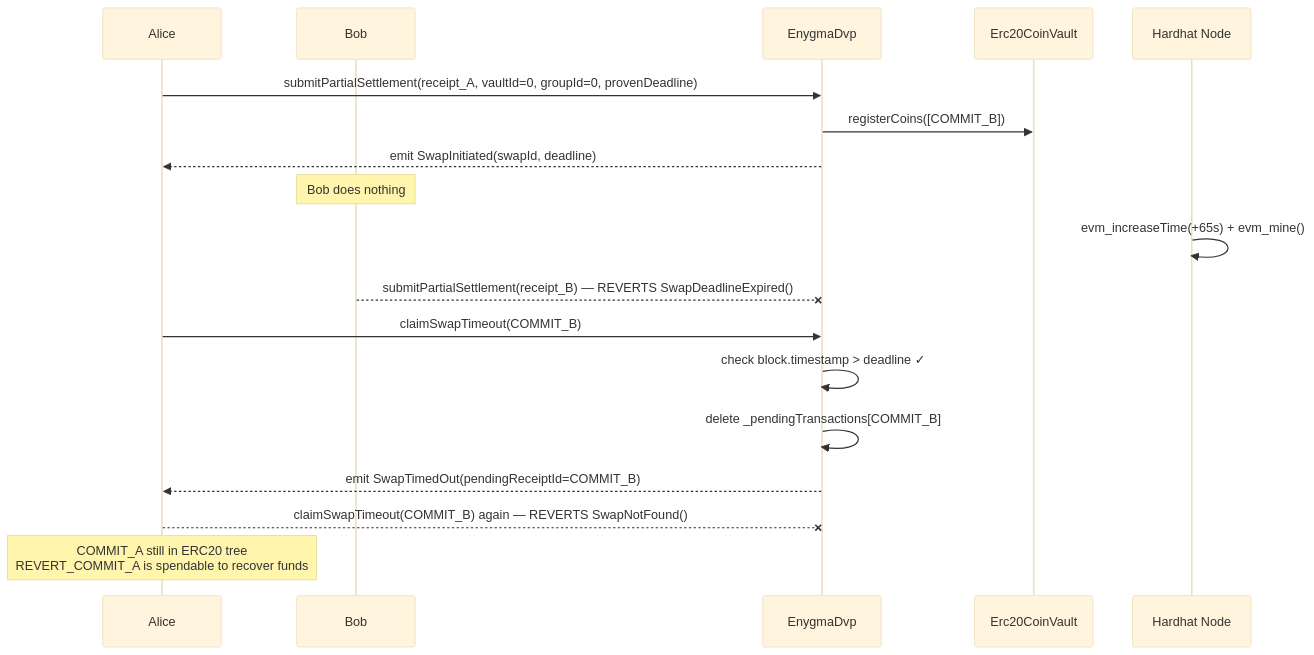
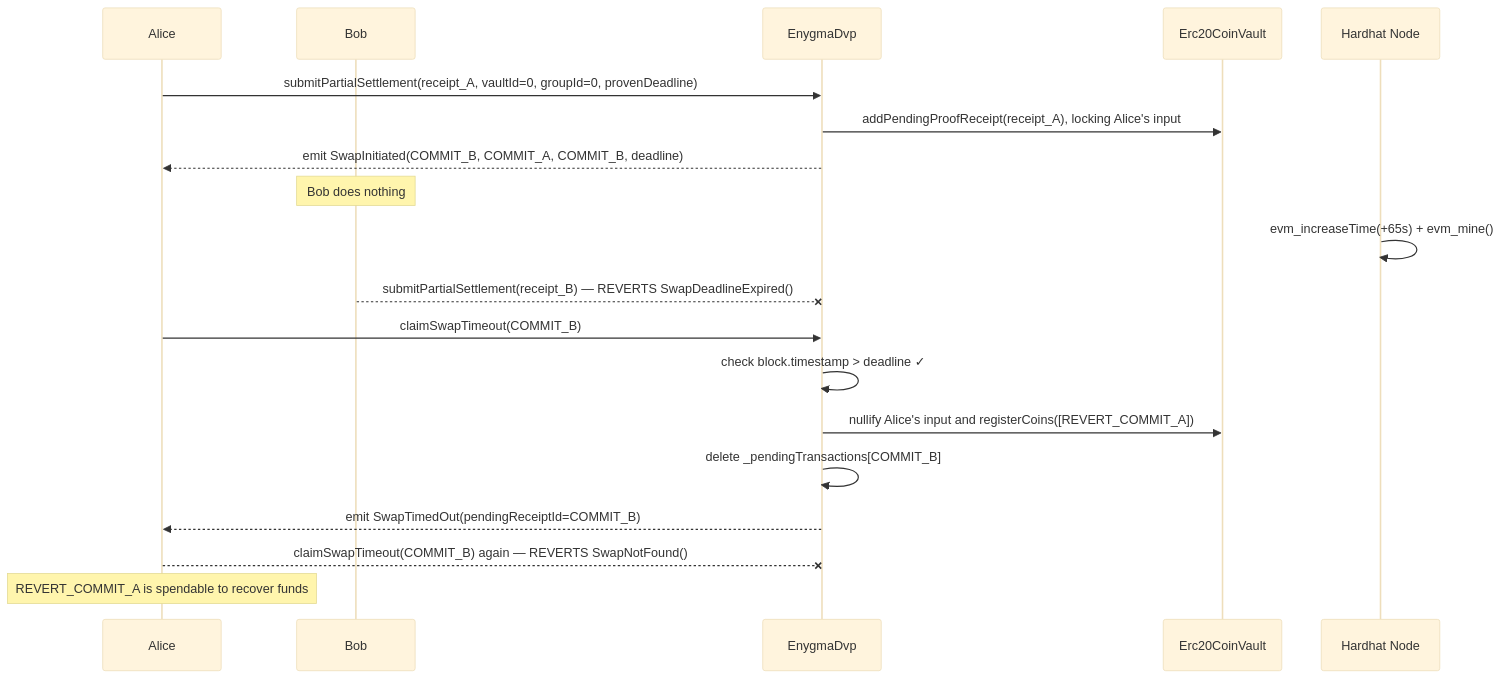
Before and after one commit to raylsnetwork/Enygma: the third of 4 diagrams in enygma_dvp/docs/flows/04_dvp_deadline.md, drawn with Mermaid (base theme). The commit also changed other lines of this file and 3 other files, not shown here.

````diff
--- a/enygma_dvp/docs/flows/04_dvp_deadline.md
+++ b/enygma_dvp/docs/flows/04_dvp_deadline.md
@@ -70,27 +71,28 @@
 ```mermaid
 sequenceDiagram
     participant Alice
     participant Bob
     participant DVP as EnygmaDvp
     participant ERC20Vault as Erc20CoinVault
     participant Hardhat as Hardhat Node
 
     Alice->>DVP: submitPartialSettlement(receipt_A, vaultId=0, groupId=0, provenDeadline)
-    DVP->>ERC20Vault: registerCoins([COMMIT_B])
-    DVP-->>Alice: emit SwapInitiated(swapId, deadline)
+    DVP->>ERC20Vault: addPendingProofReceipt(receipt_A), locking Alice's input
+    DVP-->>Alice: emit SwapInitiated(COMMIT_B, COMMIT_A, COMMIT_B, deadline)
 
     Note over Bob: Bob does nothing
 
     Hardhat->>Hardhat: evm_increaseTime(+65s) + evm_mine()
 
     Bob--xDVP: submitPartialSettlement(receipt_B) — REVERTS SwapDeadlineExpired()
 
     Alice->>DVP: claimSwapTimeout(COMMIT_B)
     DVP->>DVP: check block.timestamp > deadline ✓
+    DVP->>ERC20Vault: nullify Alice's input and registerCoins([REVERT_COMMIT_A])
     DVP->>DVP: delete _pendingTransactions[COMMIT_B]
     DVP-->>Alice: emit SwapTimedOut(pendingReceiptId=COMMIT_B)
 
     Alice--xDVP: claimSwapTimeout(COMMIT_B) again — REVERTS SwapNotFound()
 
-    Note over Alice: COMMIT_A still in ERC20 tree<br/>REVERT_COMMIT_A is spendable to recover funds
+    Note over Alice: REVERT_COMMIT_A is spendable to recover funds
 ```
````
